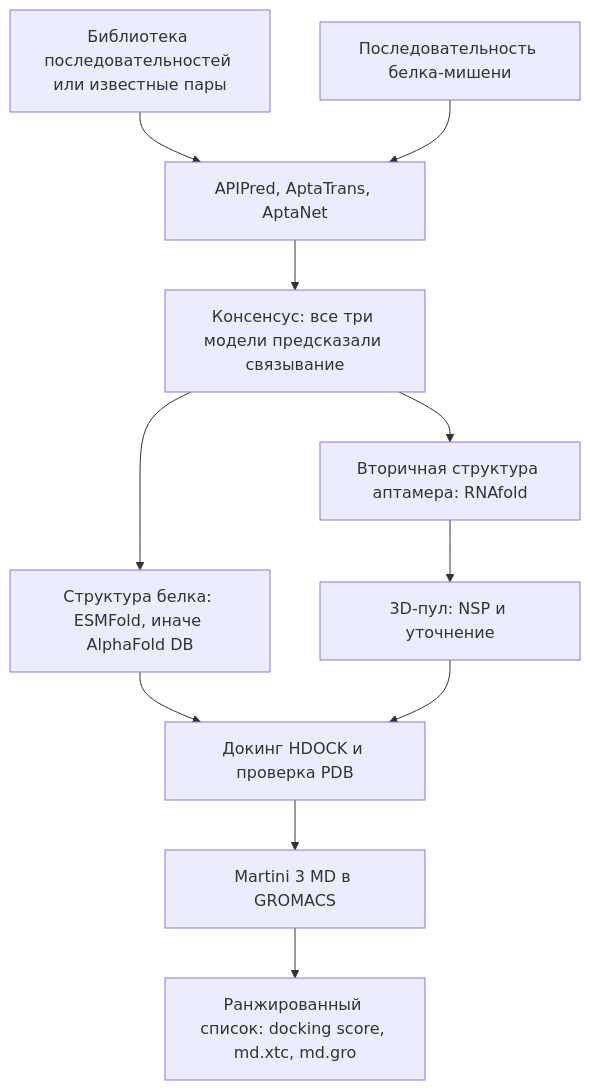
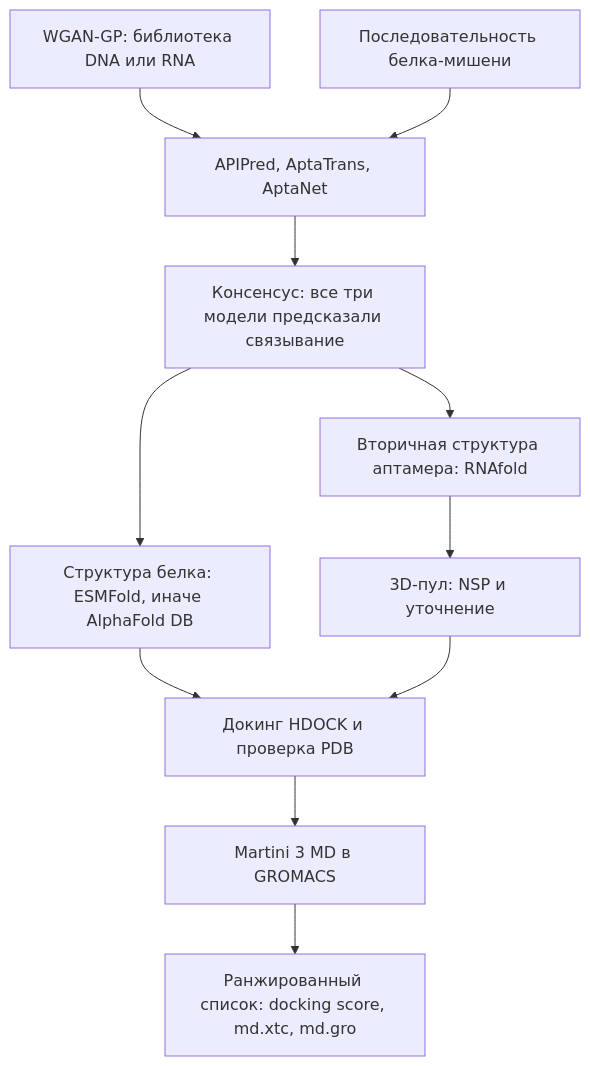
The second of 2 diagrams in docs/ml_system_design_doc.md (EvgenyBrilenkov/AptamerInSilico-Generation-Validation), drawn with Mermaid before and after one commit. The commit also changed other lines of this file, not shown here.

````diff
--- a/docs/ml_system_design_doc.md
+++ b/docs/ml_system_design_doc.md
@@ -114,18 +116,18 @@
 ```mermaid
 flowchart TD
-  lib["Библиотека последовательностей или известные пары"]
+  lib["WGAN-GP: библиотека DNA или RNA"]
   target["Последовательность белка-мишени"]
   screen["APIPred, AptaTrans, AptaNet"]
   consensus["Консенсус: все три модели предсказали связывание"]
   foldP["Структура белка: ESMFold, иначе AlphaFold DB"]
   fold2d["Вторичная структура аптамера: RNAfold"]
   fold3d["3D-пул: NSP и уточнение"]
   dock["Докинг HDOCK и проверка PDB"]
   md["Martini 3 MD в GROMACS"]
   table["Ранжированный список: docking score, md.xtc, md.gro"]
   lib --> screen
   target --> screen
   screen --> consensus --> foldP --> dock
   consensus --> fold2d --> fold3d --> dock
   dock --> md --> table
 ```
````
